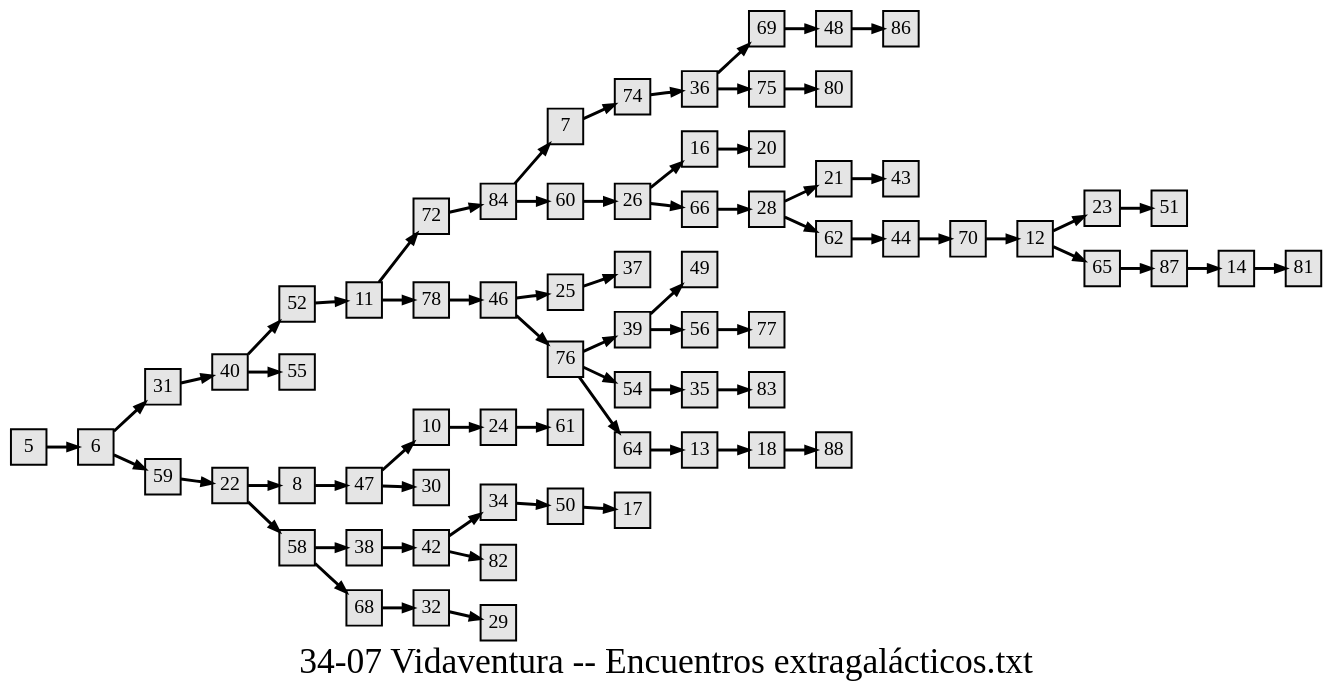
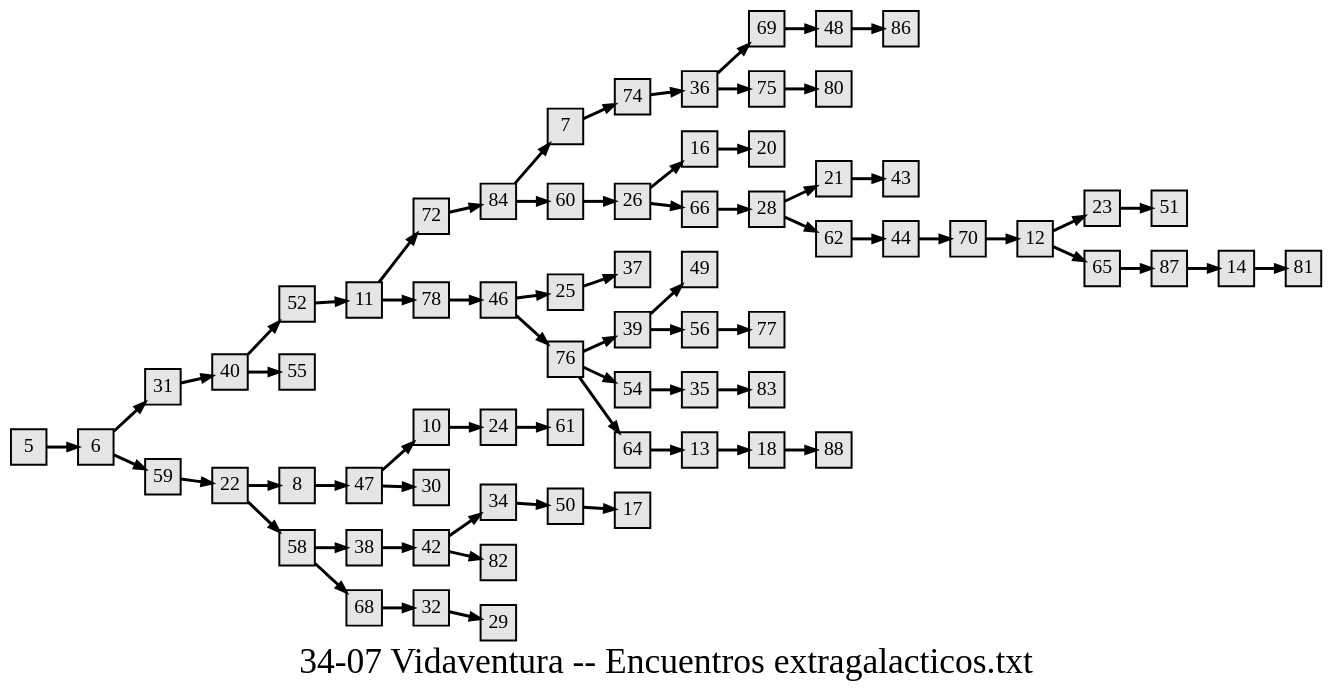
One commit to jeremydouglass/transverse-gallery changed the diagram in assets/gamebooks/graphviz/34-07 Vidaventura -- Encuentros extragalacticos.txt.gv. Above: the diagram before and after it, drawn with Graphviz. The commit also changed 739 other files, not shown here.

Commit message:
Gamebooks: tgf, graphviz, images, thumbs, logs

```diff
--- a/assets/gamebooks/graphviz/34-07 Vidaventura -- Encuentros extragalacticos.txt.gv
+++ b/assets/gamebooks/graphviz/34-07 Vidaventura -- Encuentros extragalacticos.txt.gv
@@ -1,73 +1,73 @@
 digraph g{
-  graph [ label="34-07 Vidaventura -- Encuentros extragalácticos.txt" rankdir=LR, ordering=out, fontsize=36, nodesep="0.35", ranksep="0.45"];
+  graph [ label="34-07 Vidaventura -- Encuentros extragalacticos.txt" rankdir=LR, ordering=out, fontsize=36, nodesep="0.35", ranksep="0.45"];
   node  [shape=rect, penwidth=2, fontsize=20, style=filled, fillcolor=grey90, margin="0,0", labelfloat=true, regular=true, fixedsize=true];
   edge  [labelfloat=true, penwidth=3, fontsize=12];
   5 -> 6;
   6 -> 31;
   6 -> 59;
   7 -> 74;
   8 -> 47;
   10 -> 24;
   11 -> 72;
   11 -> 78;
   12 -> 23;
   12 -> 65;
   13 -> 18;
   14 -> 81;
   16 -> 20;
   18 -> 88;
   21 -> 43;
   22 -> 8;
   22 -> 58;
   23 -> 51;
   24 -> 61;
   25 -> 37;
   26 -> 16;
   26 -> 66;
   28 -> 21;
   28 -> 62;
   31 -> 40;
   32 -> 29;
   34 -> 50;
   35 -> 83;
   36 -> 69;
   36 -> 75;
   38 -> 42;
   39 -> 49;
   39 -> 56;
   40 -> 52;
   40 -> 55;
   42 -> 34;
   42 -> 82;
   44 -> 70;
   46 -> 25;
   46 -> 76;
   47 -> 10;
   47 -> 30;
   48 -> 86;
   50 -> 17;
   52 -> 11;
   54 -> 35;
   56 -> 77;
   58 -> 38;
   58 -> 68;
   59 -> 22;
   60 -> 26;
   62 -> 44;
   64 -> 13;
   65 -> 87;
   66 -> 28;
   68 -> 32;
   69 -> 48;
   70 -> 12;
   72 -> 84;
   74 -> 36;
   75 -> 80;
   76 -> 39;
   76 -> 54;
   76 -> 64;
   78 -> 46;
   84 -> 7;
   84 -> 60;
   87 -> 14;
 }
```
